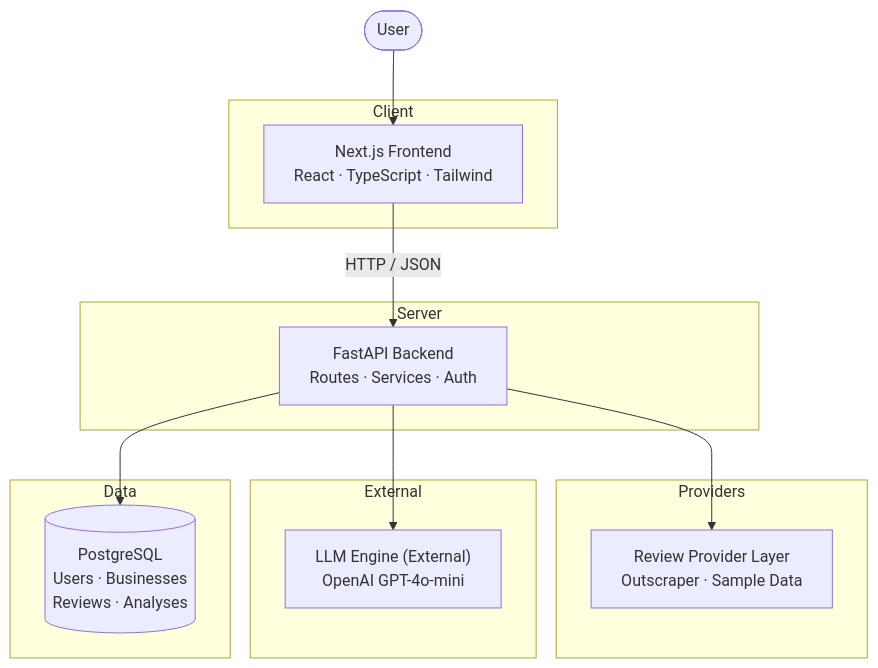
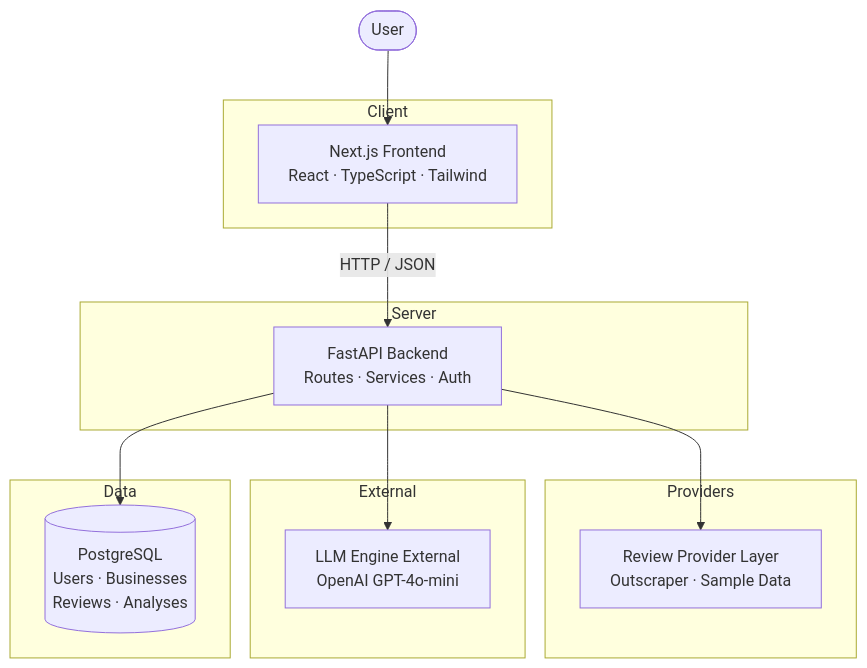
The diagram in README.md (YuriShkurko/review-insight-tool), drawn with Mermaid before and after one commit.

Commit message:
fix: use br tags in Mermaid diagram for GitHub rendering
Made-with: Cursor

````diff
--- a/README.md
+++ b/README.md
@@ -110,29 +110,29 @@
 ```mermaid
 graph TB
     User([User]) --> Frontend
 
     subgraph Client
-        Frontend["Next.js Frontend\nReact · TypeScript · Tailwind"]
+        Frontend["Next.js Frontend<br/>React · TypeScript · Tailwind"]
     end
 
     subgraph Server
-        API["FastAPI Backend\nRoutes · Services · Auth"]
+        API["FastAPI Backend<br/>Routes · Services · Auth"]
     end
 
     subgraph Providers
-        RP["Review Provider Layer\nOutscraper · Sample Data"]
+        RP["Review Provider Layer<br/>Outscraper · Sample Data"]
     end
 
     subgraph External
-        LLM["LLM Engine (External)\nOpenAI GPT-4o-mini"]
+        LLM["LLM Engine External<br/>OpenAI GPT-4o-mini"]
     end
 
     subgraph Data
-        DB[("PostgreSQL\nUsers · Businesses\nReviews · Analyses")]
+        DB[("PostgreSQL<br/>Users · Businesses<br/>Reviews · Analyses")]
     end
 
     Frontend -- "HTTP / JSON" --> API
     API --> RP
     API --> LLM
     API --> DB
 ```
````
